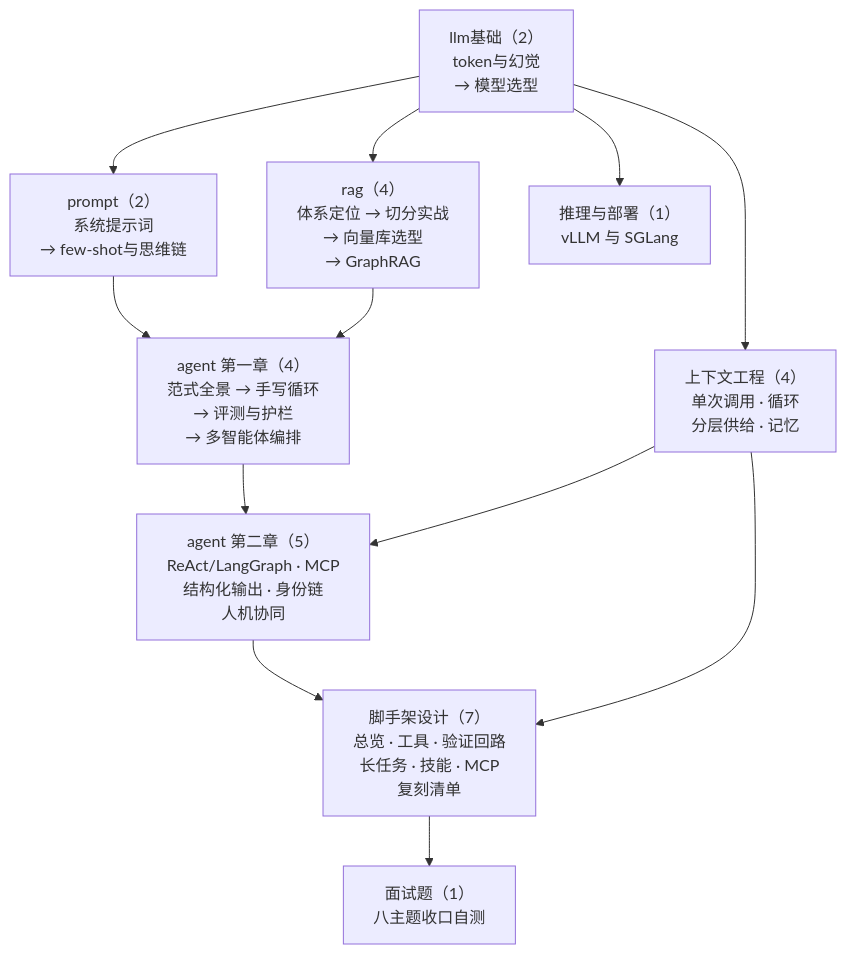
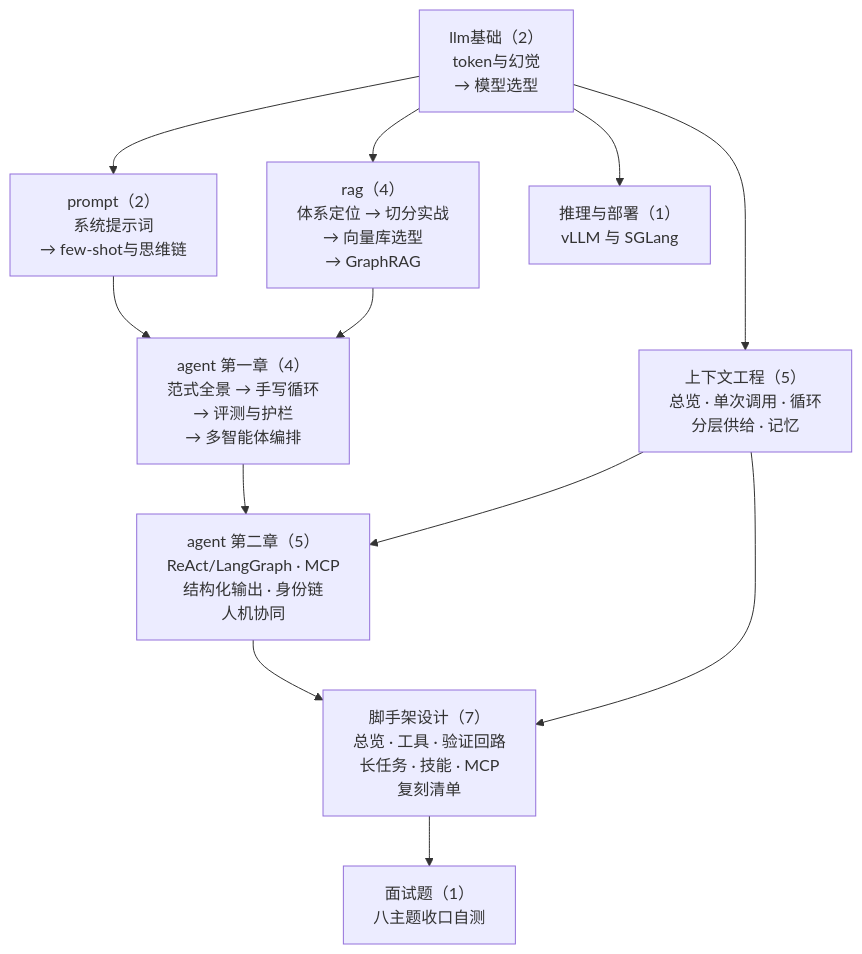
One commit to Mein-Augenstern/MUYI changed the diagram in B-AI工程/README.md. Above: the diagram before and after it, drawn with Mermaid. The commit also changed other lines of this file and 3 other files, not shown here.

Commit message:
B轨上下文: 新增系列第 1 篇《上下文工程总览-窗口里该放什么》——分清窗口、上下文、记忆、缓存四个词，给出统一模型（进窗口的每样东西回答放什么、何时放、留多久、多少钱）、五类内容的变化快慢、按症状找篇目的表和一张进出窗口的示意图；事实与数字归纳自系列各篇；导航同步（B 轨 32→33 篇、全库 405→406）

````diff
--- a/B-AI工程/README.md
+++ b/B-AI工程/README.md
@@ -9,23 +9,23 @@
 ```mermaid
 flowchart TD
     L["llm基础（2）<br/>token与幻觉<br/>→ 模型选型"]
     P["prompt（2）<br/>系统提示词<br/>→ few-shot与思维链"]
     R["rag（4）<br/>体系定位 → 切分实战<br/>→ 向量库选型<br/>→ GraphRAG"]
-    C["上下文工程（4）<br/>单次调用 · 循环<br/>分层供给 · 记忆"]
+    C["上下文工程（5）<br/>总览 · 单次调用 · 循环<br/>分层供给 · 记忆"]
     A1["agent 第一章（4）<br/>范式全景 → 手写循环<br/>→ 评测与护栏<br/>→ 多智能体编排"]
     A2["agent 第二章（5）<br/>ReAct/LangGraph · MCP<br/>结构化输出 · 身份链<br/>人机协同"]
     H["脚手架设计（7）<br/>总览 · 工具 · 验证回路<br/>长任务 · 技能 · MCP<br/>复刻清单"]
     INF["推理与部署（1）<br/>vLLM 与 SGLang"]
     IT["面试题（1）<br/>八主题收口自测"]
     L --> P
     L --> R
     P --> A1
     R --> A1
     L --> C
     A1 --> A2
     C --> A2
     A2 --> H
     C --> H
     H --> IT
     L --> INF
 ```
````
